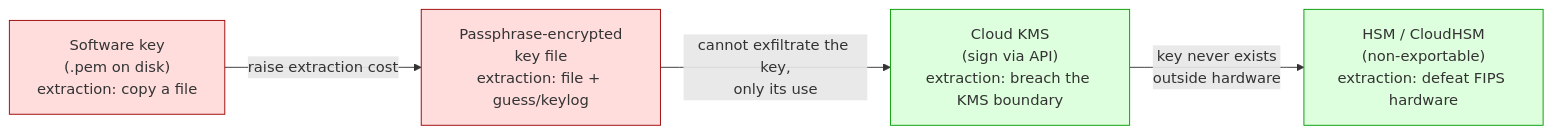
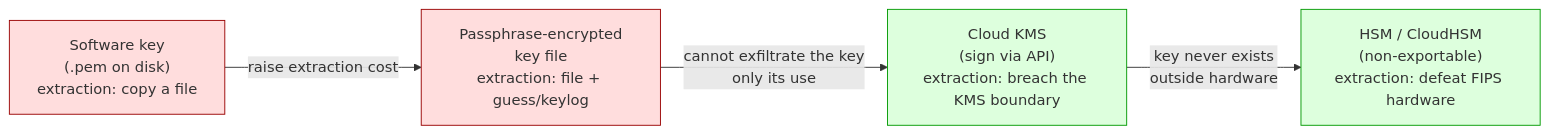
The first of 7 diagrams in book-05-signing-attestation/ch09-key-management.md (bumbsclaw/textbooks), drawn with Mermaid before and after one commit. The commit also changed other lines of this file and 173 other files, not shown here.

First line of the commit message:
fix(mermaid): close note brackets, semicolons in Notes, stateDiagram br -> dash, edge parens

````diff
--- a/book-05-signing-attestation/ch09-key-management.md
+++ b/book-05-signing-attestation/ch09-key-management.md
@@ -79,12 +79,12 @@
 ```mermaid
 flowchart LR
   F["Software key<br/>(.pem on disk)<br/>extraction: copy a file"]
   E["Passphrase-encrypted<br/>key file<br/>extraction: file + guess/keylog"]
   K["Cloud KMS<br/>(sign via API)<br/>extraction: breach the KMS boundary"]
   H["HSM / CloudHSM<br/>(non-exportable)<br/>extraction: defeat FIPS hardware"]
-  F -->|"raise extraction cost"| E -->|"cannot exfiltrate the key,<br/>only its use"| K -->|"key never exists<br/>outside hardware"| H
+  F -->|"raise extraction cost"| E -->|"cannot exfiltrate the key <br >only its use"| K -->|"key never exists<br >outside hardware"| H
   classDef bad fill:#fdd,stroke:#900
   classDef ok fill:#dfd,stroke:#090
   class F,E bad
   class K,H ok
 ```
````
